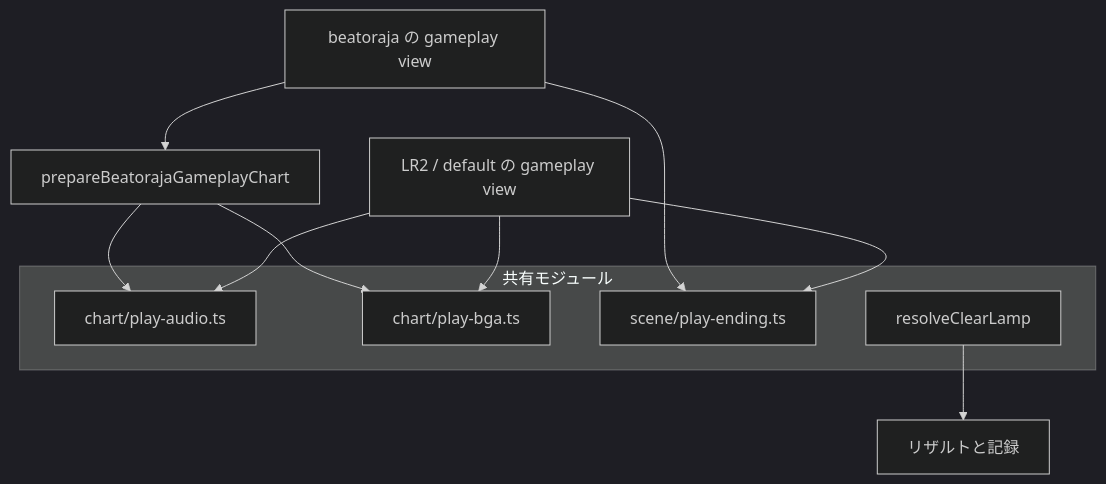
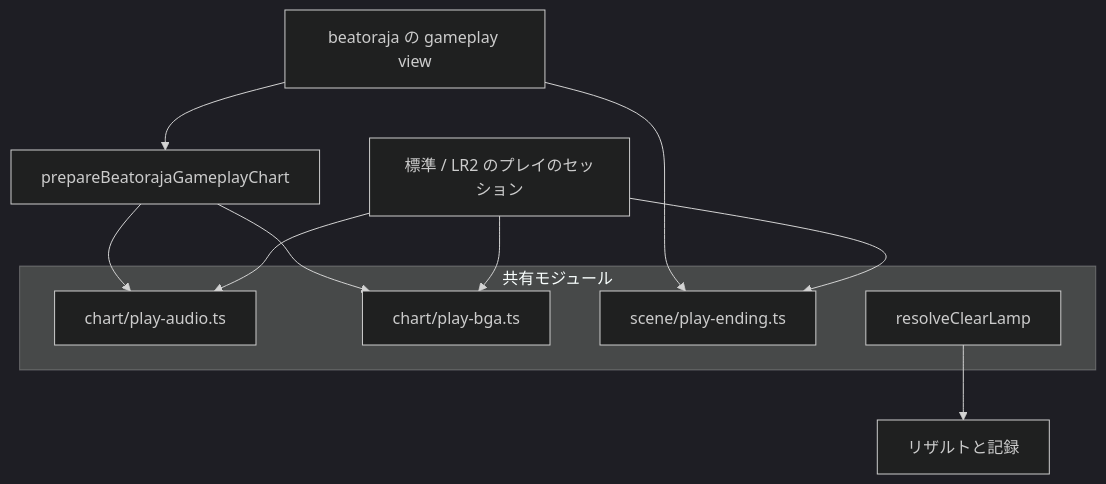
One commit to nulltask/be-music changed the fifth of 11 diagrams in docs/player-web.ja.md. Above: the diagram before and after it, drawn with Mermaid (dark theme). The commit also changed other lines of this file and 5 other files, not shown here.

````diff
--- a/docs/player-web.ja.md
+++ b/docs/player-web.ja.md
@@ -316,17 +316,17 @@
 ```mermaid
 flowchart TD
   subgraph shared [共有モジュール]
     audio[chart/play-audio.ts]
     bga[chart/play-bga.ts]
     ending[scene/play-ending.ts]
     lamp[resolveClearLamp]
   end
-  core[LR2 / default の gameplay view] --> audio
+  core[標準 / LR2 のプレイのセッション] --> audio
   core --> bga
   core --> ending
   prep[prepareBeatorajaGameplayChart] --> audio
   prep --> bga
   bview[beatoraja の gameplay view] --> ending
   bview --> prep
   lamp --> results[リザルトと記録]
 ```
````
